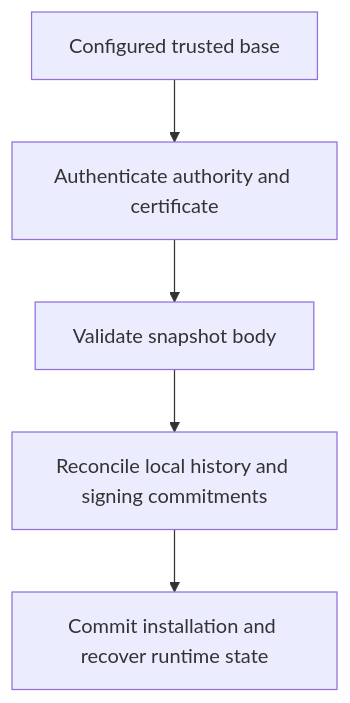
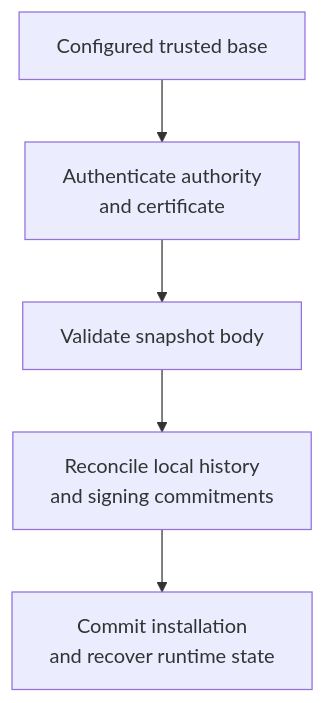
Before and after one commit to BURST-UBI/protocol: the diagram in docs/node/NODES.md, drawn with Mermaid. The commit also changed 19 other files, not shown here.

````diff
--- a/docs/node/NODES.md
+++ b/docs/node/NODES.md
@@ -183,7 +183,9 @@
 ```mermaid
 flowchart TD
-    A[Configured trusted base] --> B[Authenticate authority and certificate]
+    accTitle: Installing a trusted snapshot
+    accDescr: Start with the configured trusted base. Authenticate authority and certificate, validate the snapshot, and reconcile local history and signing commitments before committing installation and recovering runtime state.
+    A[Configured trusted base] --> B["Authenticate authority<br/>and certificate"]
     B --> C[Validate snapshot body]
-    C --> D[Reconcile local history and signing commitments]
-    D --> E[Commit installation and recover runtime state]
+    C --> D["Reconcile local history<br/>and signing commitments"]
+    D --> E["Commit installation<br/>and recover runtime state"]
 ```
````
